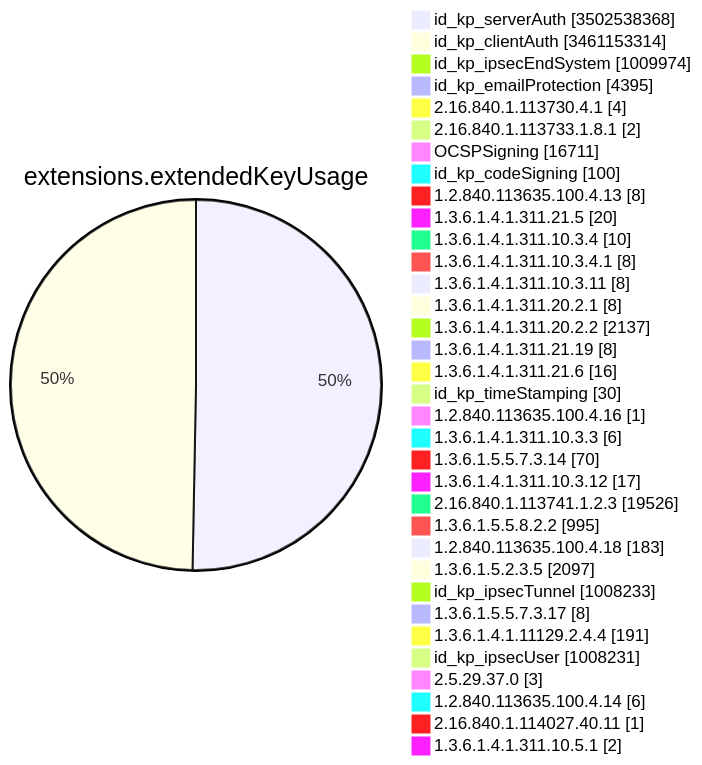
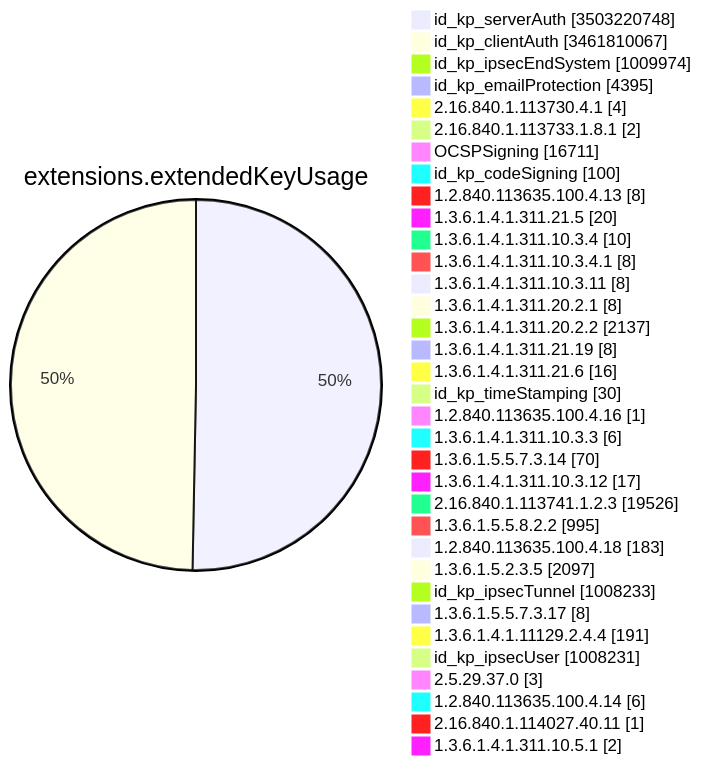
One commit to christiankrug/ctmonitor_visualization changed diagram 11 of 15 in TOTAL/README.md. Above: the diagram before and after it, drawn with Mermaid. The commit also changed other lines of this file, not shown here.

````diff
--- a/TOTAL/README.md
+++ b/TOTAL/README.md
@@ -4126,38 +4126,38 @@
 ```mermaid
 pie showData
 title extensions.extendedKeyUsage
-"id_kp_serverAuth" :3502538368
-"id_kp_clientAuth" :3461153314
+"id_kp_serverAuth" :3503220748
+"id_kp_clientAuth" :3461810067
 "id_kp_ipsecEndSystem" :1009974
 "id_kp_emailProtection" :4395
 "2.16.840.1.113730.4.1" :4
 "2.16.840.1.113733.1.8.1" :2
 "OCSPSigning" :16711
 "id_kp_codeSigning" :100
 "1.2.840.113635.100.4.13" :8
 "1.3.6.1.4.1.311.21.5" :20
 "1.3.6.1.4.1.311.10.3.4" :10
 "1.3.6.1.4.1.311.10.3.4.1" :8
 "1.3.6.1.4.1.311.10.3.11" :8
 "1.3.6.1.4.1.311.20.2.1" :8
 "1.3.6.1.4.1.311.20.2.2" :2137
 "1.3.6.1.4.1.311.21.19" :8
 "1.3.6.1.4.1.311.21.6" :16
 "id_kp_timeStamping" :30
 "1.2.840.113635.100.4.16" :1
 "1.3.6.1.4.1.311.10.3.3" :6
 "1.3.6.1.5.5.7.3.14" :70
 "1.3.6.1.4.1.311.10.3.12" :17
 "2.16.840.1.113741.1.2.3" :19526
 "1.3.6.1.5.5.8.2.2" :995
 "1.2.840.113635.100.4.18" :183
 "1.3.6.1.5.2.3.5" :2097
 "id_kp_ipsecTunnel" :1008233
 "1.3.6.1.5.5.7.3.17" :8
 "1.3.6.1.4.1.11129.2.4.4" :191
 "id_kp_ipsecUser" :1008231
 "2.5.29.37.0" :3
 "1.2.840.113635.100.4.14" :6
 "2.16.840.1.114027.40.11" :1
 "1.3.6.1.4.1.311.10.5.1" :2
 ```
````
